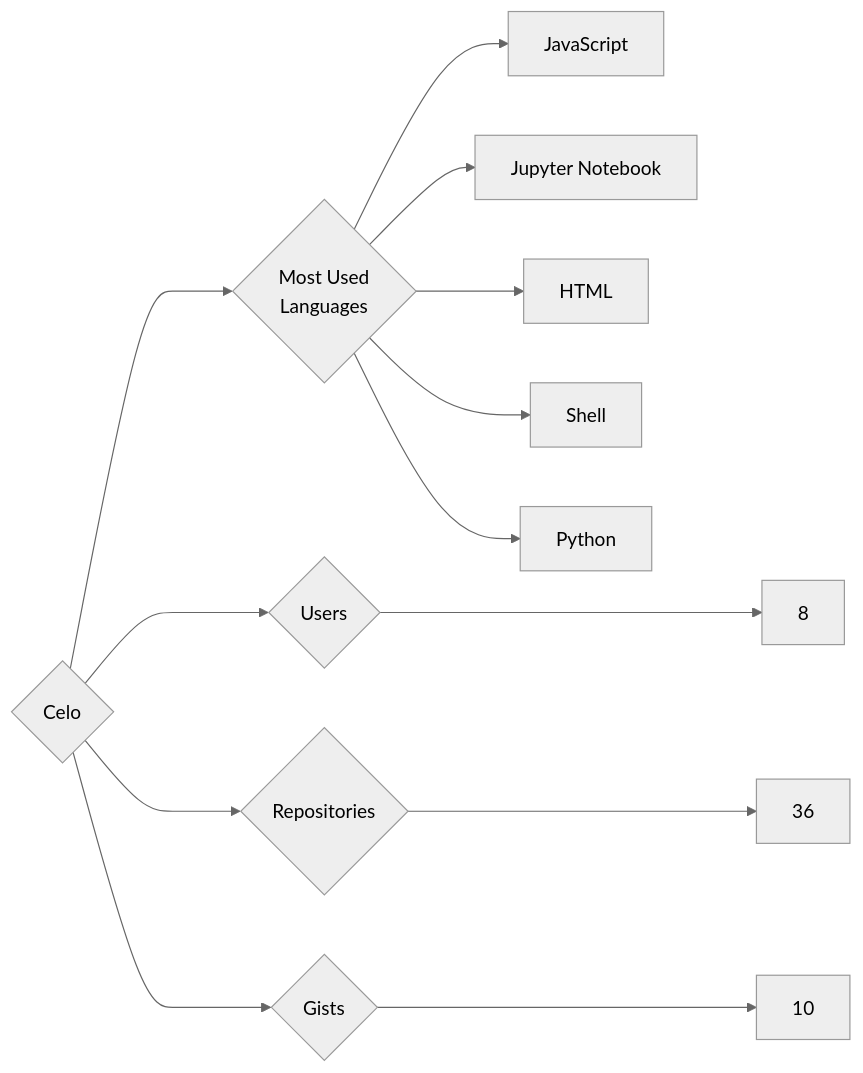
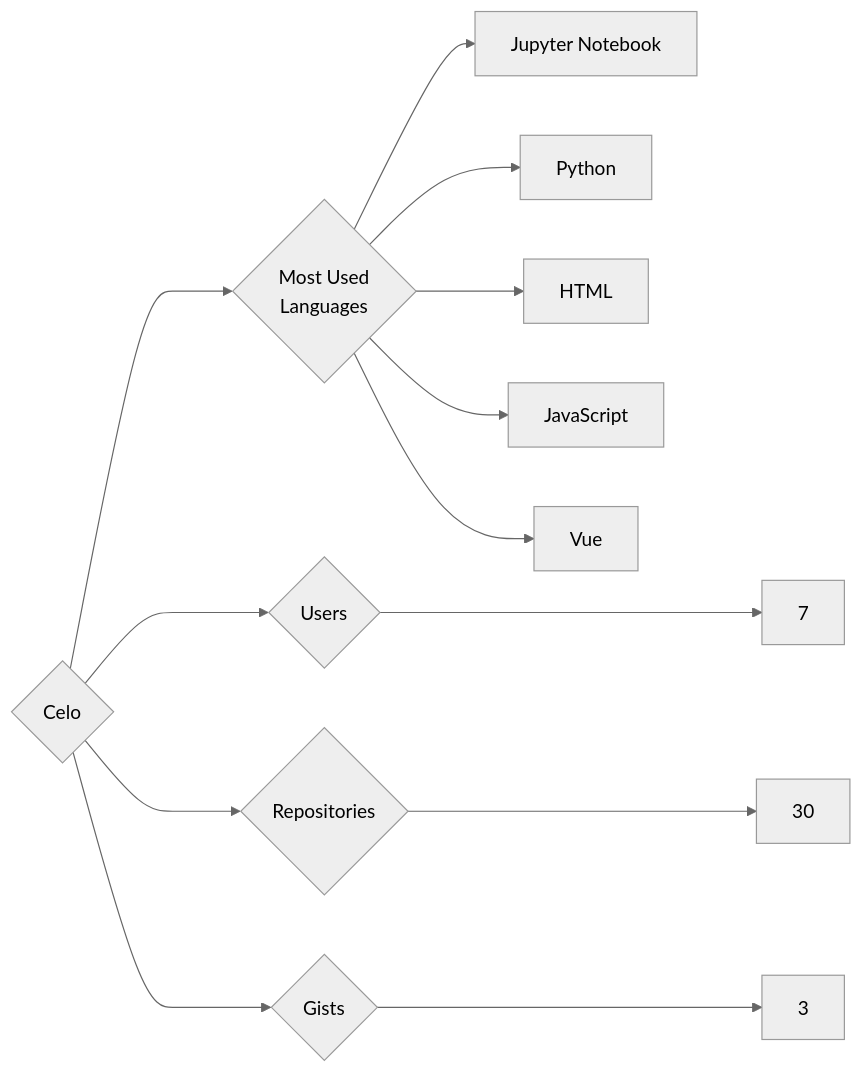
One commit to trickest/insiders changed the diagram in targets/Celo/README.md. Above: the diagram before and after it, drawn with Mermaid (neutral theme). The commit also changed 721 other files, not shown here.

````diff
--- a/targets/Celo/README.md
+++ b/targets/Celo/README.md
@@ -3,13 +3,13 @@
 ```mermaid
 graph LR
 COMPANY_NAME{Celo}
-COMPANY_NAME ---> U{Users} ---> UN[8]
-COMPANY_NAME ---> R{Repositories} ---> RN[36]
-COMPANY_NAME ---> G{Gists} ---> GN[10]
+COMPANY_NAME ---> U{Users} ---> UN[7]
+COMPANY_NAME ---> R{Repositories} ---> RN[30]
+COMPANY_NAME ---> G{Gists} ---> GN[3]
 COMPANY_NAME ---> ML{Most Used<br>Languages}
+ML --> Jupyter_Notebook[Jupyter Notebook]
+ML --> Python[Python]
+ML --> HTML[HTML]
 ML --> JavaScript[JavaScript]
-ML --> Jupyter_Notebook[Jupyter Notebook]
-ML --> HTML[HTML]
-ML --> Shell[Shell]
-ML --> Python[Python]
+ML --> Vue[Vue]
 ```
````
